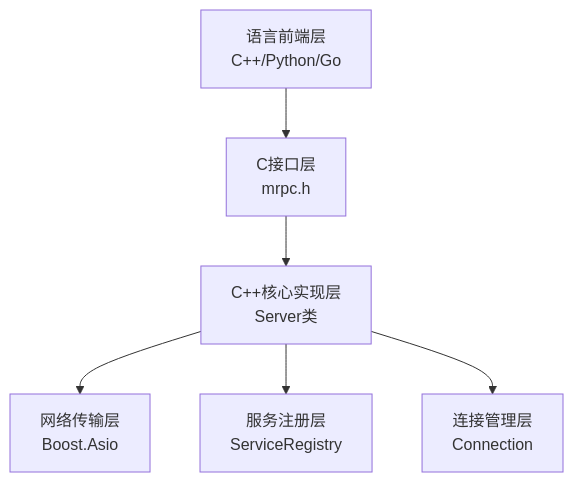
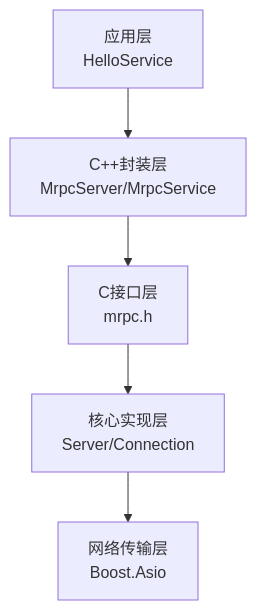
The first of 3 diagrams in doc/server.md (zhongzhaohao/mrpc), drawn with Mermaid before and after one commit. The commit also changed other lines of this file, not shown here.

````diff
--- a/doc/server.md
+++ b/doc/server.md
@@ -6,8 +7,7 @@
 ```mermaid
 graph TD
-    A[语言前端层<br/>C++/Python/Go] --> B[C接口层<br/>mrpc.h]
-    B --> C[C++核心实现层<br/>Server类]
-    C --> D[网络传输层<br/>Boost.Asio]
-    C --> E[服务注册层<br/>ServiceRegistry]
-    C --> F[连接管理层<br/>Connection]
+    A[应用层<br/>HelloService] --> B[C++封装层<br/>MrpcServer/MrpcService]
+    B --> C[C接口层<br/>mrpc.h]
+    C --> D[核心实现层<br/>Server/Connection]
+    D --> E[网络传输层<br/>Boost.Asio]
 ```
````
